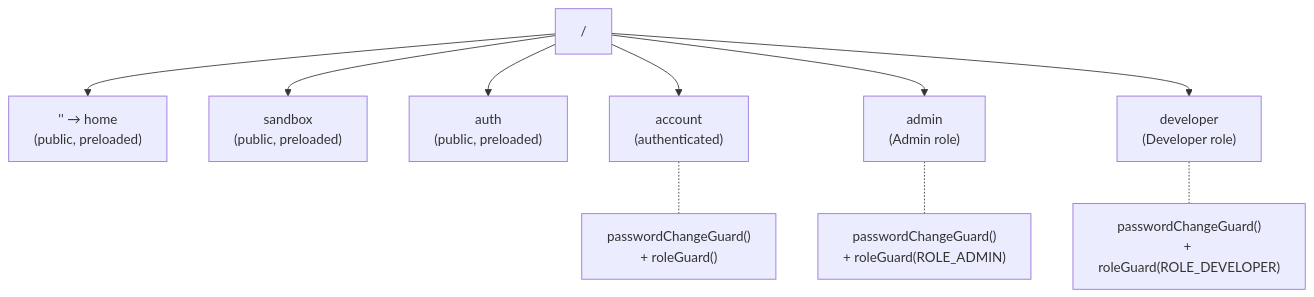
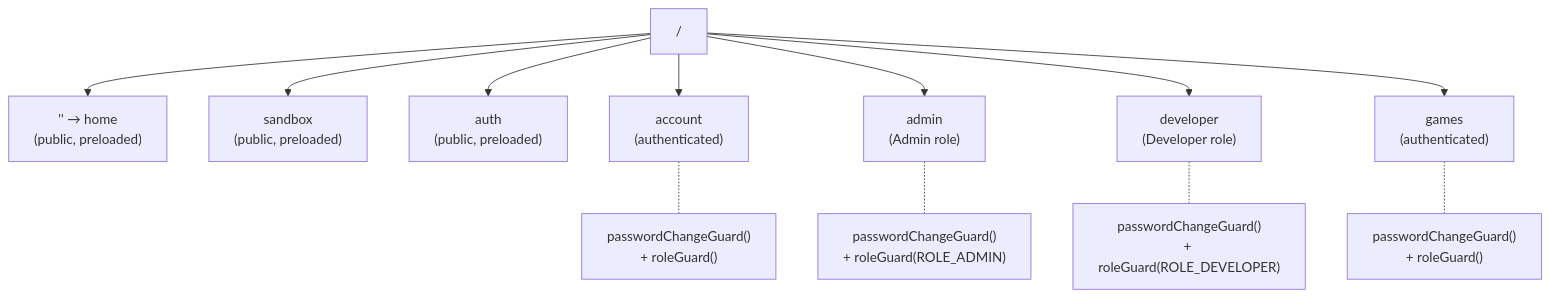
One commit to actionjacksonthegoat-debug/SeventySix changed the second of 4 diagrams in SeventySix.Client/README.md. Above: the diagram before and after it, drawn with Mermaid. The commit also changed other lines of this file and 11 other files, not shown here.

````diff
--- a/SeventySix.Client/README.md
+++ b/SeventySix.Client/README.md
@@ -107,14 +110,16 @@
 ```mermaid
 graph TD
     Root["/"]
     Root --> Home["'' → home\n(public, preloaded)"]
     Root --> SandboxR["sandbox\n(public, preloaded)"]
     Root --> AuthR["auth\n(public, preloaded)"]
     Root --> AccountR["account\n(authenticated)"]
     Root --> AdminR["admin\n(Admin role)"]
     Root --> DevR["developer\n(Developer role)"]
+    Root --> GamesR["games\n(authenticated)"]
 
     AccountR -.- Guard1["passwordChangeGuard()\n+ roleGuard()"]
     AdminR -.- Guard2["passwordChangeGuard()\n+ roleGuard(ROLE_ADMIN)"]
     DevR -.- Guard3["passwordChangeGuard()\n+ roleGuard(ROLE_DEVELOPER)"]
+    GamesR -.- Guard4["passwordChangeGuard()\n+ roleGuard()"]
 ```
````
